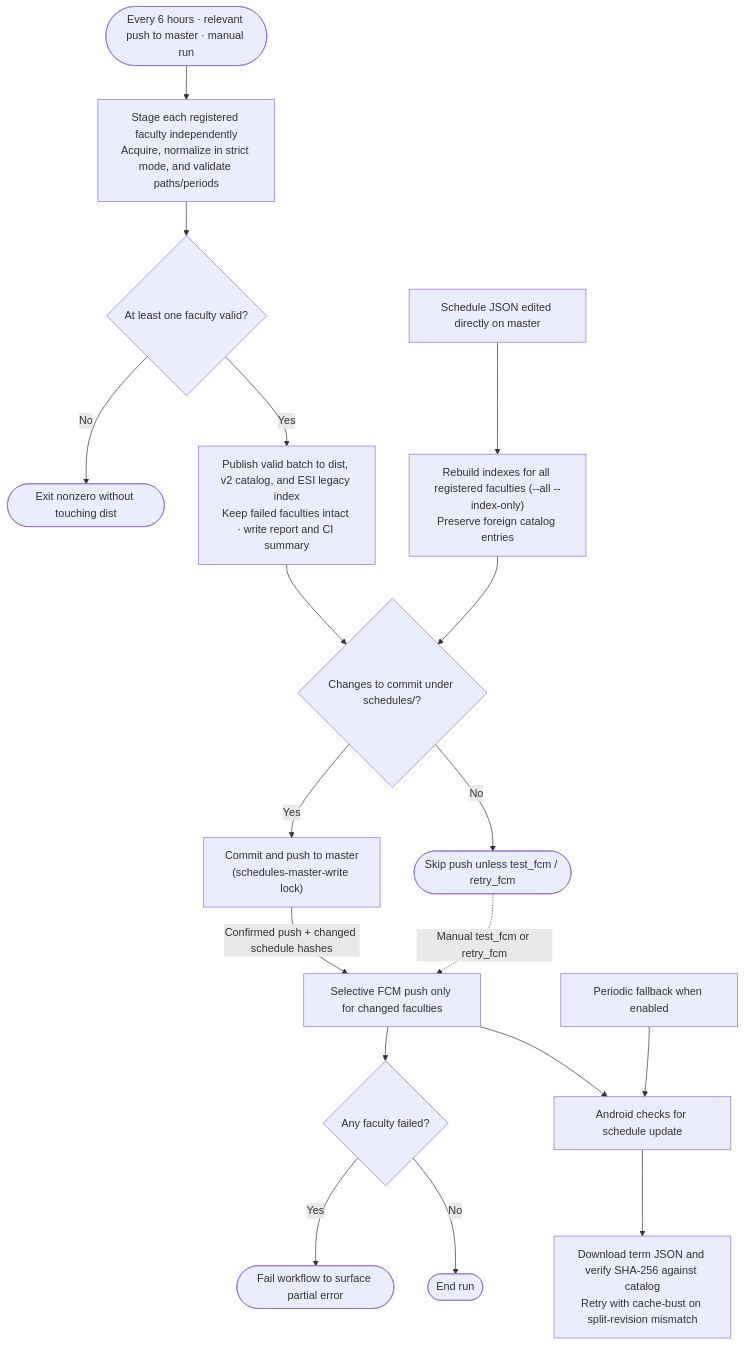
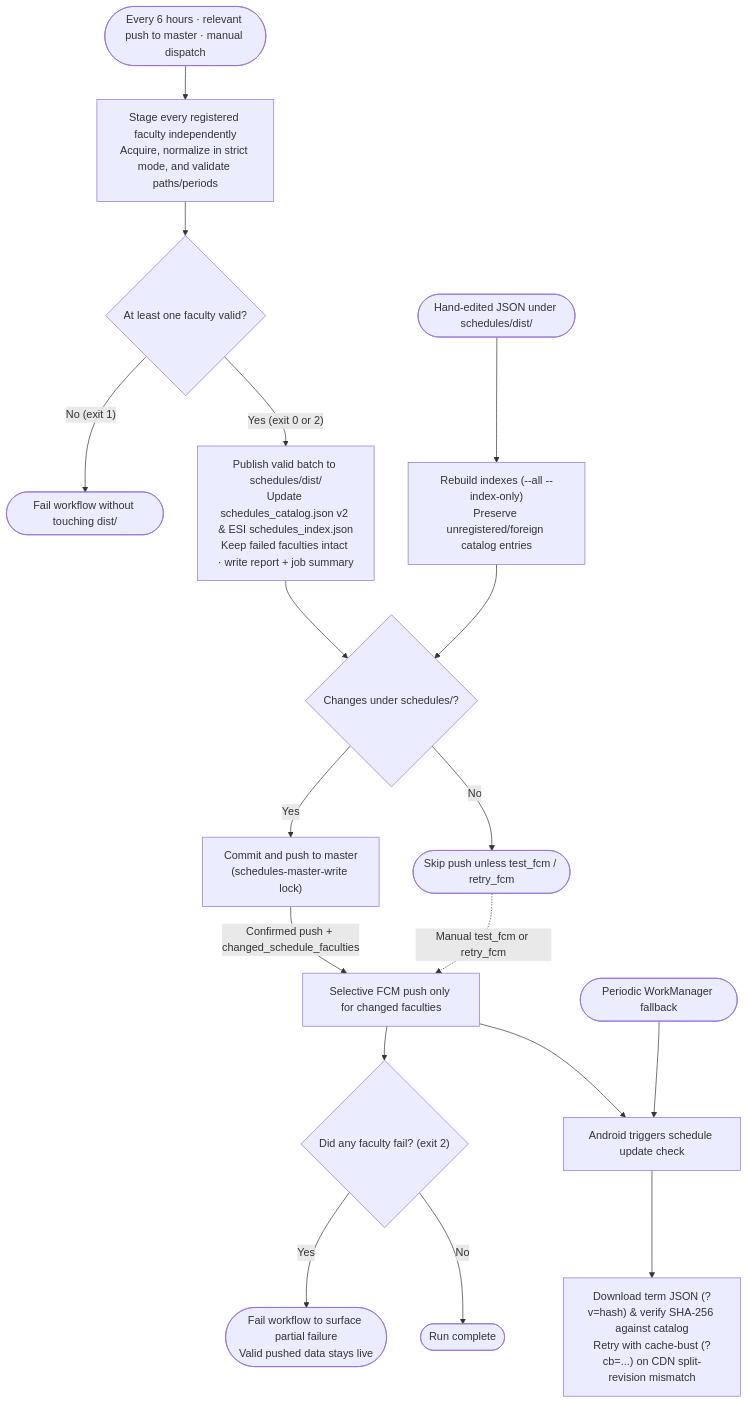
One commit to MarcosLorCar/ClemenTime changed the third of 4 diagrams in docs/pipeline_diagrams.md. Above: the diagram before and after it, drawn with Mermaid. The commit also changed other lines of this file and 12 other files, not shown here.

First line of the commit message:
chore(pipeline): add declarative adapter config, improve pipeline diagrams, and close migration docs (#56)

````diff
--- a/docs/pipeline_diagrams.md
+++ b/docs/pipeline_diagrams.md
@@ -5,20 +118,25 @@
 ```mermaid
 flowchart TD
-    Start(["Every 6 hours · relevant push to master · manual run"]) --> Stage["Stage each registered faculty independently<br/>Acquire, normalize in strict mode, and validate paths/periods"]
+    Start(["Every 6 hours · relevant push to master · manual dispatch"]) --> Stage["Stage every registered faculty independently<br/>Acquire, normalize in strict mode, and validate paths/periods"]
     Stage --> Valid{"At least one faculty valid?"}
-    Valid -->|No| Stop([Exit nonzero without touching dist])
-    Valid -->|Yes| Publish["Publish valid batch to dist, v2 catalog, and ESI legacy index<br/>Keep failed faculties intact · write report and CI summary"]
-    ManualEdit["Schedule JSON edited directly on master"] --> Index["Rebuild indexes for all registered faculties (--all --index-only)<br/>Preserve foreign catalog entries"]
+    Valid -->|"No (exit 1)"| Stop(["Fail workflow without touching dist/"])
+    Valid -->|"Yes (exit 0 or 2)"| Publish["Publish valid batch to schedules/dist/<br/>Update schedules_catalog.json v2 & ESI schedules_index.json<br/>Keep failed faculties intact · write report + job summary"]
+
+    ManualEdit(["Hand-edited JSON under schedules/dist/"]) --> Index["Rebuild indexes (--all --index-only)<br/>Preserve unregistered/foreign catalog entries"]
     Index --> Commit
-    Publish --> Commit{"Changes to commit under schedules/?"}
+
+    Publish --> Commit{"Changes under schedules/?"}
     Commit -->|Yes| Push["Commit and push to master<br/>(schedules-master-write lock)"]
     Commit -->|No| Skip(["Skip push unless test_fcm / retry_fcm"])
-    Push -->|Confirmed push + changed schedule hashes| FCM["Selective FCM push only for changed faculties"]
-    Skip -.->|Manual test_fcm or retry_fcm| FCM
-    FCM --> Partial{"Any faculty failed?"}
-    Partial -->|Yes| FailRun([Fail workflow to surface partial error])
-    Partial -->|No| Done([End run])
-    FCM --> Sync["Android checks for schedule update"]
-    Periodic["Periodic fallback when enabled"] --> Sync
-    Sync --> Download["Download term JSON and verify SHA-256 against catalog<br/>Retry with cache-bust on split-revision mismatch"]
+
+    Push -->|"Confirmed push + changed_schedule_faculties"| FCM["Selective FCM push only for changed faculties"]
+    Skip -.->|"Manual test_fcm or retry_fcm"| FCM
+
+    FCM --> Partial{"Did any faculty fail? (exit 2)"}
+    Partial -->|Yes| FailRun(["Fail workflow to surface partial failure<br/>Valid pushed data stays live"])
+    Partial -->|No| Done(["Run complete"])
+
+    FCM --> Sync["Android triggers schedule update check"]
+    Periodic(["Periodic WorkManager fallback"]) --> Sync
+    Sync --> Download["Download term JSON (?v=hash) & verify SHA-256 against catalog<br/>Retry with cache-bust (?cb=...) on CDN split-revision mismatch"]
 ```
````
